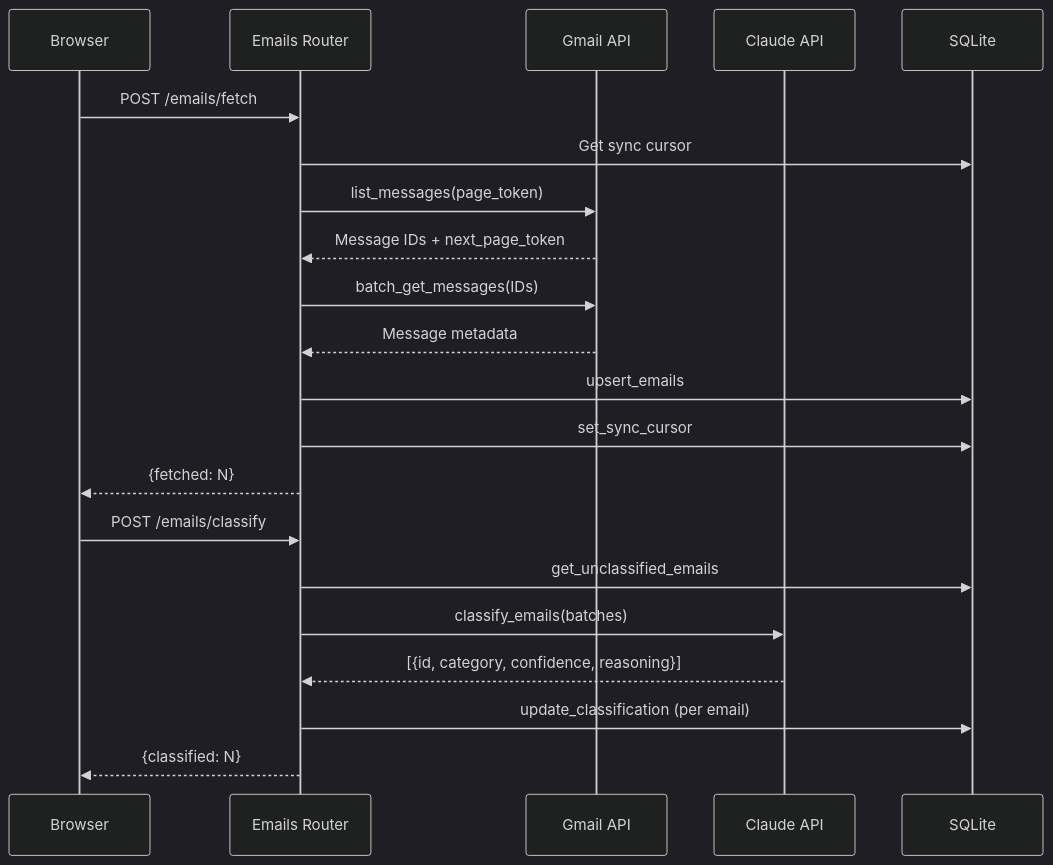
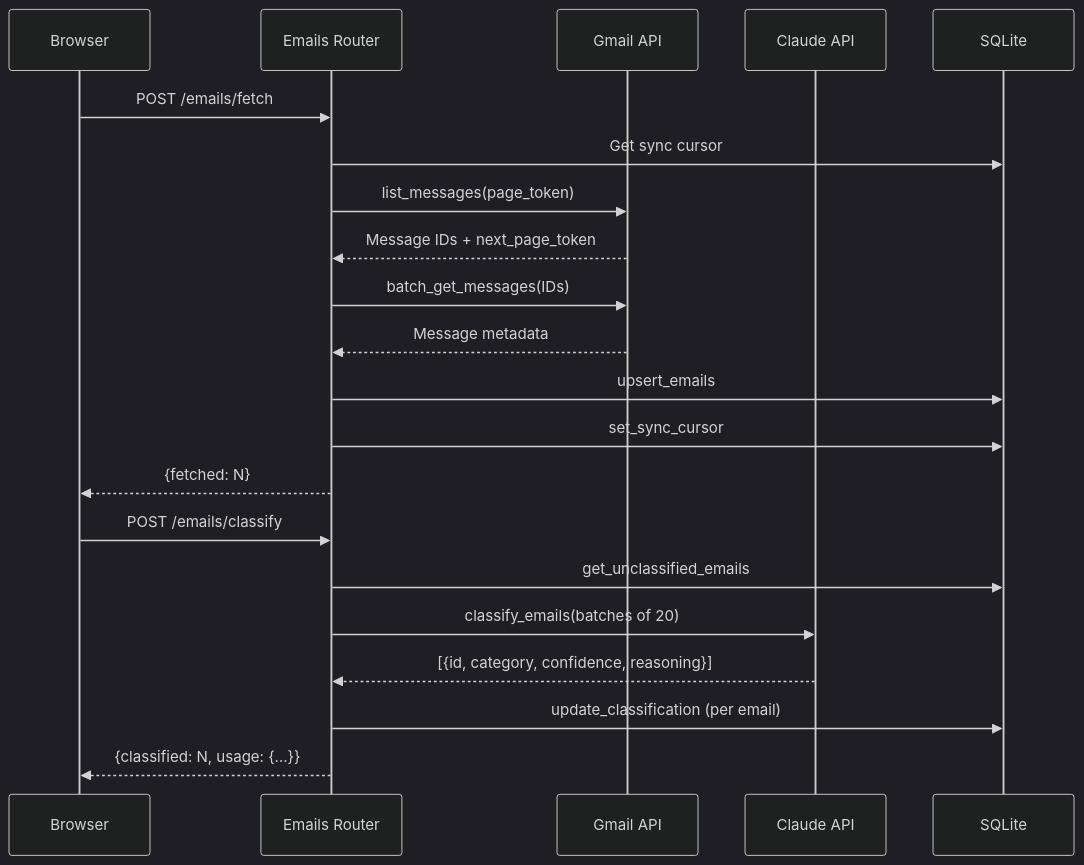
One commit to caleblmyers/email-cleaner changed the third of 4 diagrams in docs/ARCHITECTURE.md. Above: the diagram before and after it, drawn with Mermaid (dark theme). The commit also changed other lines of this file and 3 other files, not shown here.

First line of the commit message:
Update all documentation for SvelteKit SPA architecture

````diff
--- a/docs/ARCHITECTURE.md
+++ b/docs/ARCHITECTURE.md
@@ -94,25 +101,25 @@
 ```mermaid
 sequenceDiagram
     participant B as Browser
     participant E as Emails Router
     participant G as Gmail API
     participant C as Claude API
     participant D as SQLite
 
     B->>E: POST /emails/fetch
     E->>D: Get sync cursor
     E->>G: list_messages(page_token)
     G-->>E: Message IDs + next_page_token
     E->>G: batch_get_messages(IDs)
     G-->>E: Message metadata
     E->>D: upsert_emails
     E->>D: set_sync_cursor
     E-->>B: {fetched: N}
 
     B->>E: POST /emails/classify
     E->>D: get_unclassified_emails
-    E->>C: classify_emails(batches)
+    E->>C: classify_emails(batches of 20)
     C-->>E: [{id, category, confidence, reasoning}]
     E->>D: update_classification (per email)
-    E-->>B: {classified: N}
+    E-->>B: {classified: N, usage: {...}}
 ```
````
